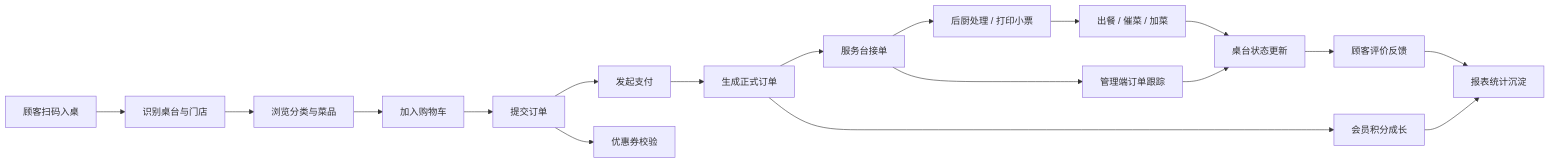
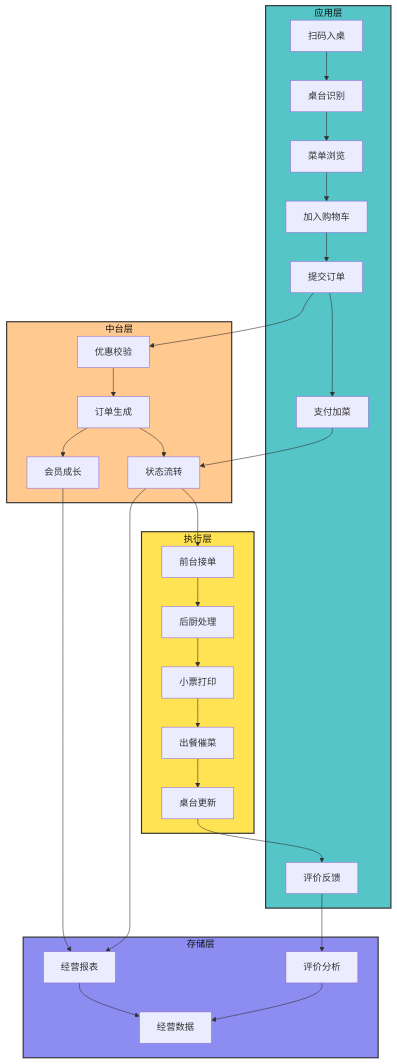
The third of 3 diagrams in readme.md (meisijiya/DIANCAN-SYSTEM), drawn with Mermaid before and after one commit. The commit also changed other lines of this file and 11 other files, not shown here.

````diff
--- a/readme.md
+++ b/readme.md
@@ -339,21 +380,51 @@
 ```mermaid
-flowchart LR
-    A[顾客扫码入桌] --> B[识别桌台与门店]
-    B --> C[浏览分类与菜品]
-    C --> D[加入购物车]
-    D --> E[提交订单]
-    E --> F[发起支付]
-    F --> G[生成正式订单]
-    G --> H[服务台接单]
-    H --> I[后厨处理 / 打印小票]
-    I --> J[出餐 / 催菜 / 加菜]
-    J --> K[桌台状态更新]
-    K --> L[顾客评价反馈]
+flowchart TB
+    subgraph User[应用层]
+        A[扫码入桌]
+        B[桌台识别]
+        C[菜单浏览]
+        D[加入购物车]
+        E[提交订单]
+        F[支付加菜]
+        G[评价反馈]
+    end
 
-    E --> M[优惠券校验]
-    G --> N[会员积分成长]
-    H --> O[管理端订单跟踪]
-    O --> K
-    L --> P[报表统计沉淀]
-    N --> P
+    subgraph Core[中台层]
+        RULE[优惠校验]
+        ORDER[订单生成]
+        MEMBER[会员成长]
+        STATE[状态流转]
+    end
+
+    subgraph Store[执行层]
+        ACCEPT[前台接单]
+        KITCHEN[后厨处理]
+        PRINT[小票打印]
+        SERVE[出餐催菜]
+        TABLE[桌台更新]
+    end
+
+    subgraph Result[存储层]
+        REPORT[经营报表]
+        REVIEW[评价分析]
+        DATA[经营数据]
+    end
+
+    A --> B --> C --> D --> E --> F
+    E --> RULE --> ORDER --> STATE
+    ORDER --> MEMBER
+    STATE --> ACCEPT --> KITCHEN
+    KITCHEN --> PRINT --> SERVE --> TABLE
+    F --> STATE
+    TABLE --> G
+    G --> REVIEW
+    MEMBER --> REPORT
+    STATE --> REPORT
+    REPORT --> DATA
+    REVIEW --> DATA
+
+    style User fill:#55c5c7,stroke:#333,stroke-width:2px,color:#111
+    style Core fill:#ffc98f,stroke:#333,stroke-width:2px,color:#111
+    style Store fill:#ffe353,stroke:#333,stroke-width:2px,color:#111
+    style Result fill:#8d8cf0,stroke:#333,stroke-width:2px,color:#111
 ```
````
